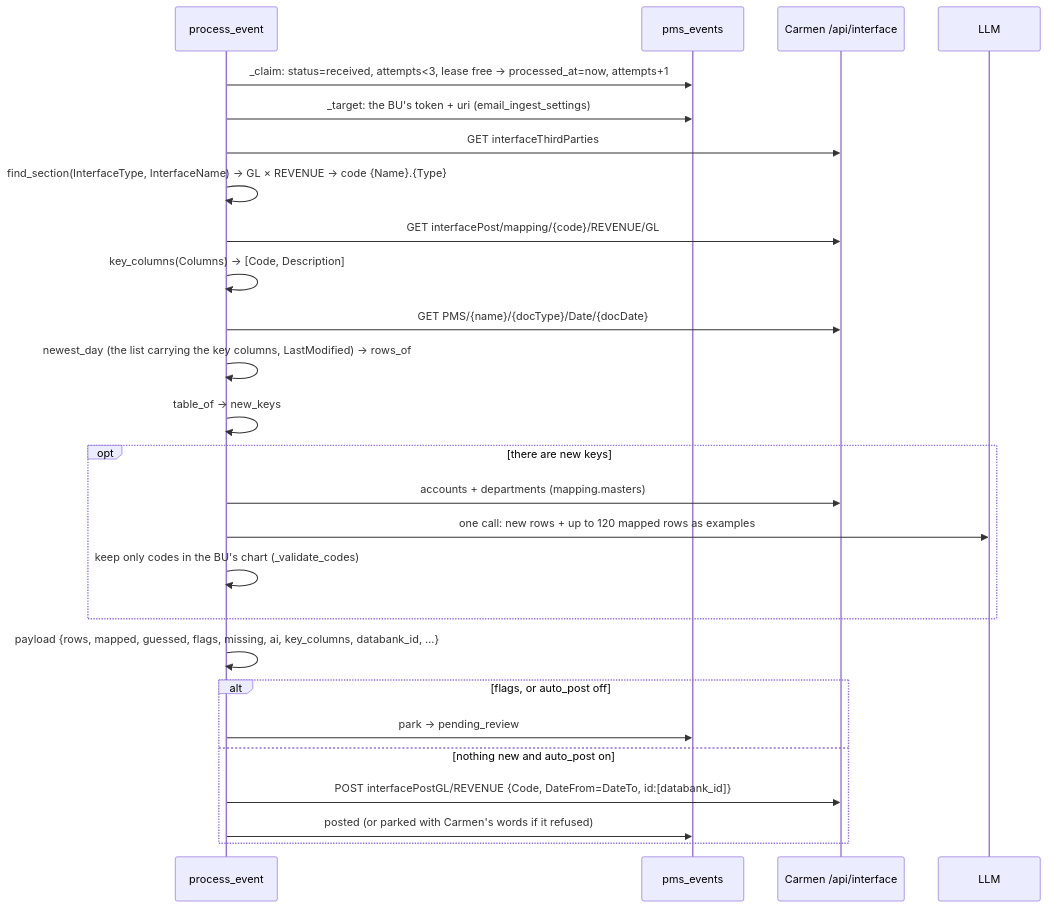
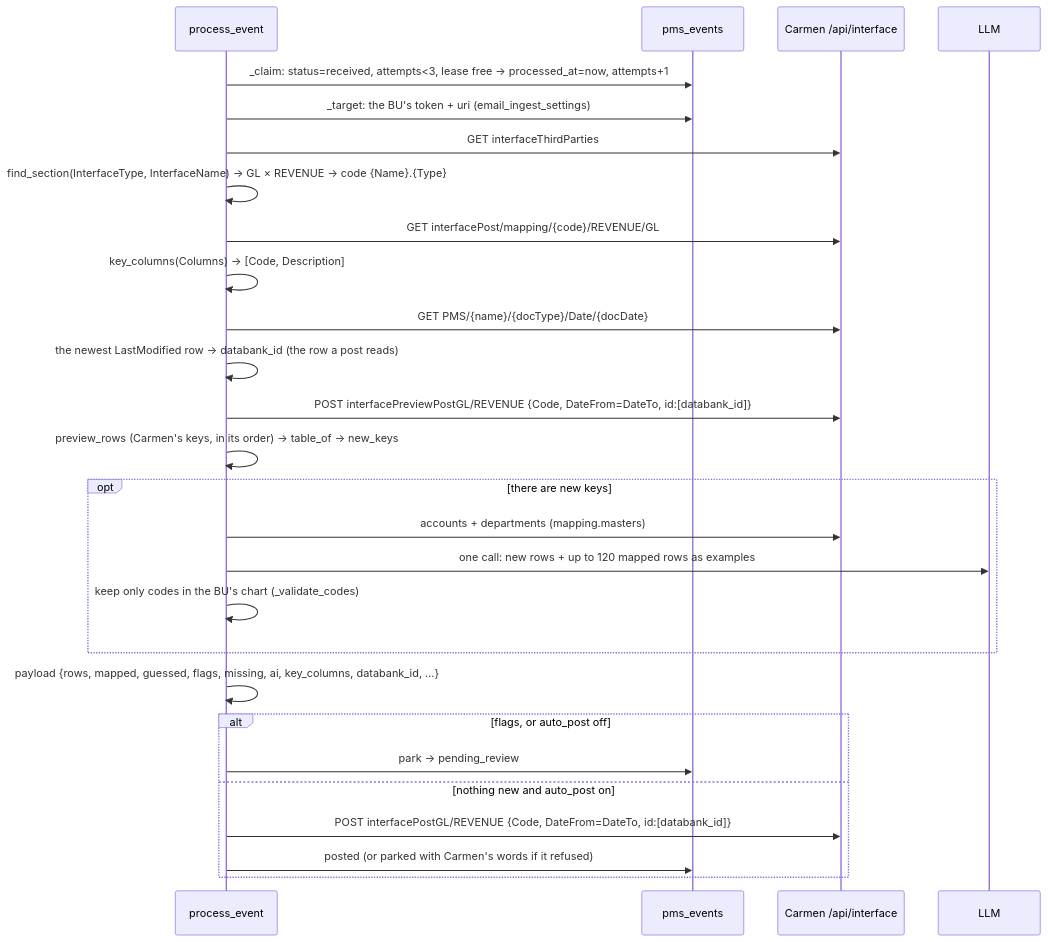
Before and after one commit to developer-carmensoftware/OCR: the fourth of 7 diagrams in docs/pms-interface/02-architecture.md, drawn with Mermaid. The commit also changed other lines of this file and 8 other files, not shown here.

First line of the commit message:
docs(pms): decision-log #54, Carmen's preview keys the day

````diff
--- a/docs/pms-interface/02-architecture.md
+++ b/docs/pms-interface/02-architecture.md
@@ -97,29 +97,30 @@
 ```mermaid
 sequenceDiagram
     participant W as process_event
     participant DB as pms_events
     participant C as Carmen /api/interface
     participant L as LLM
 
     W->>DB: _claim: status=received, attempts<3, lease free → processed_at=now, attempts+1
     W->>DB: _target: the BU's token + uri (email_ingest_settings)
     W->>C: GET interfaceThirdParties
     W->>W: find_section(InterfaceType, InterfaceName) → GL × REVENUE → code {Name}.{Type}
     W->>C: GET interfacePost/mapping/{code}/REVENUE/GL
     W->>W: key_columns(Columns) → [Code, Description]
     W->>C: GET PMS/{name}/{docType}/Date/{docDate}
-    W->>W: newest_day (the list carrying the key columns, LastModified) → rows_of
-    W->>W: table_of → new_keys
+    W->>W: the newest LastModified row → databank_id (the row a post reads)
+    W->>C: POST interfacePreviewPostGL/REVENUE {Code, DateFrom=DateTo, id:[databank_id]}
+    W->>W: preview_rows (Carmen's keys, in its order) → table_of → new_keys
     opt there are new keys
         W->>C: accounts + departments (mapping.masters)
         W->>L: one call: new rows + up to 120 mapped rows as examples
         W->>W: keep only codes in the BU's chart (_validate_codes)
     end
     W->>W: payload {rows, mapped, guessed, flags, missing, ai, key_columns, databank_id, …}
     alt flags, or auto_post off
         W->>DB: park → pending_review
     else nothing new and auto_post on
         W->>C: POST interfacePostGL/REVENUE {Code, DateFrom=DateTo, id:[databank_id]}
         W->>DB: posted (or parked with Carmen's words if it refused)
     end
 ```
````
